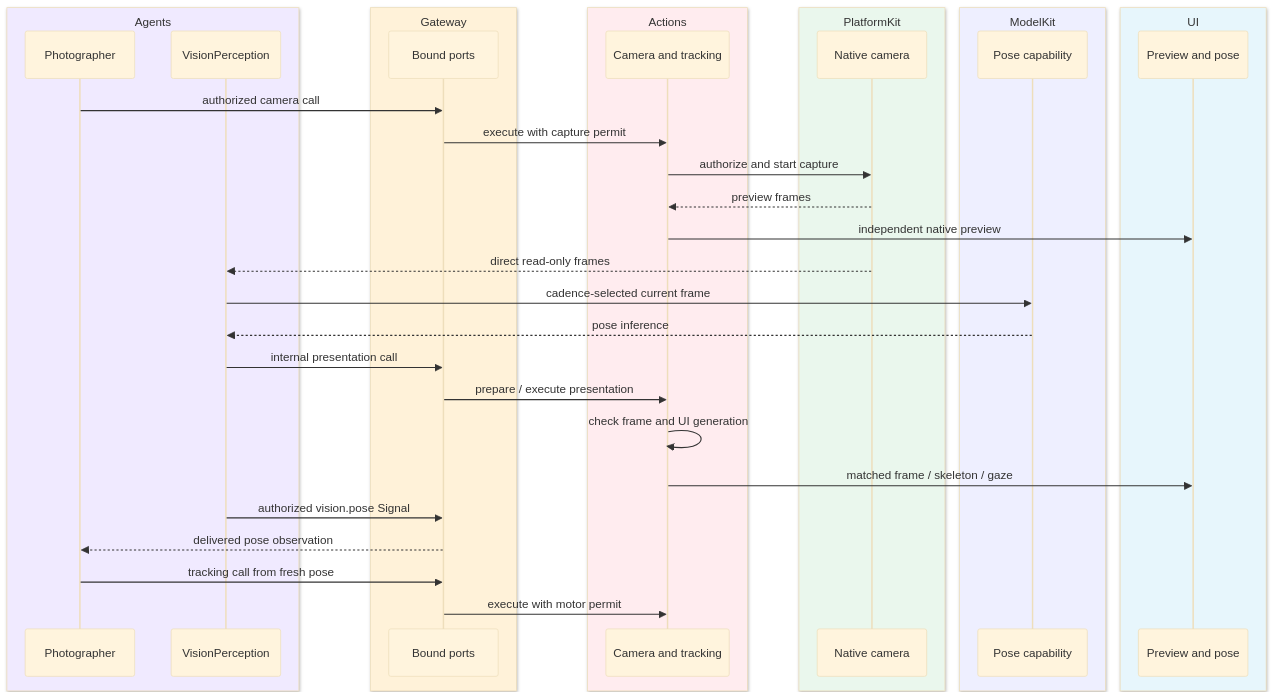
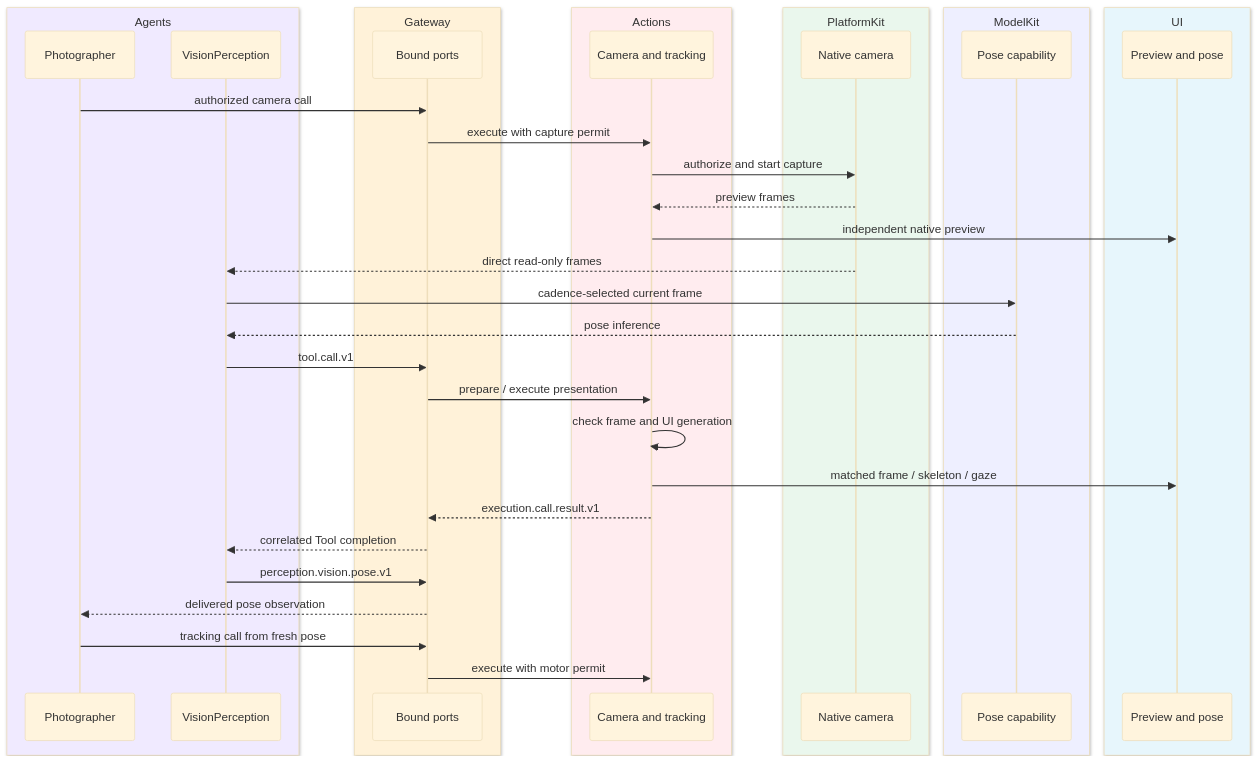
Diagram 21 of 29 in MobileHarness/README.md (devilyouwei/MobileHarness), drawn with Mermaid (base theme) before and after one commit. The commit also changed other lines of this file and 23 other files, not shown here.

Commit message:
Isolate vision tool requests and refine speech energy handling

````diff
--- a/MobileHarness/README.md
+++ b/MobileHarness/README.md
@@ -1226,38 +1226,40 @@
 ```mermaid
 sequenceDiagram
     box rgb(240,234,255) Agents
         participant P as Photographer
         participant V as VisionPerception
     end
     box rgb(255,242,217) Gateway
         participant G as Bound ports
     end
     box rgb(255,236,239) Actions
         participant X as Camera and tracking
     end
     box rgb(234,247,237) PlatformKit
         participant C as Native camera
     end
     box rgb(238,239,255) ModelKit
         participant M as Pose capability
     end
     box rgb(231,246,252) UI
         participant UI as Preview and pose
     end
     P->>G: authorized camera call
     G->>X: execute with capture permit
     X->>C: authorize and start capture
     C-->>X: preview frames
     X->>UI: independent native preview
     C-->>V: direct read-only frames
     V->>M: cadence-selected current frame
     M-->>V: pose inference
-    V->>G: internal presentation call
+    V->>G: tool.call.v1
     G->>X: prepare / execute presentation
     X->>X: check frame and UI generation
     X->>UI: matched frame / skeleton / gaze
-    V->>G: authorized vision.pose Signal
+    X-->>G: execution.call.result.v1
+    G-->>V: correlated Tool completion
+    V->>G: perception.vision.pose.v1
     G-->>P: delivered pose observation
     P->>G: tracking call from fresh pose
     G->>X: execute with motor permit
 ```
````
